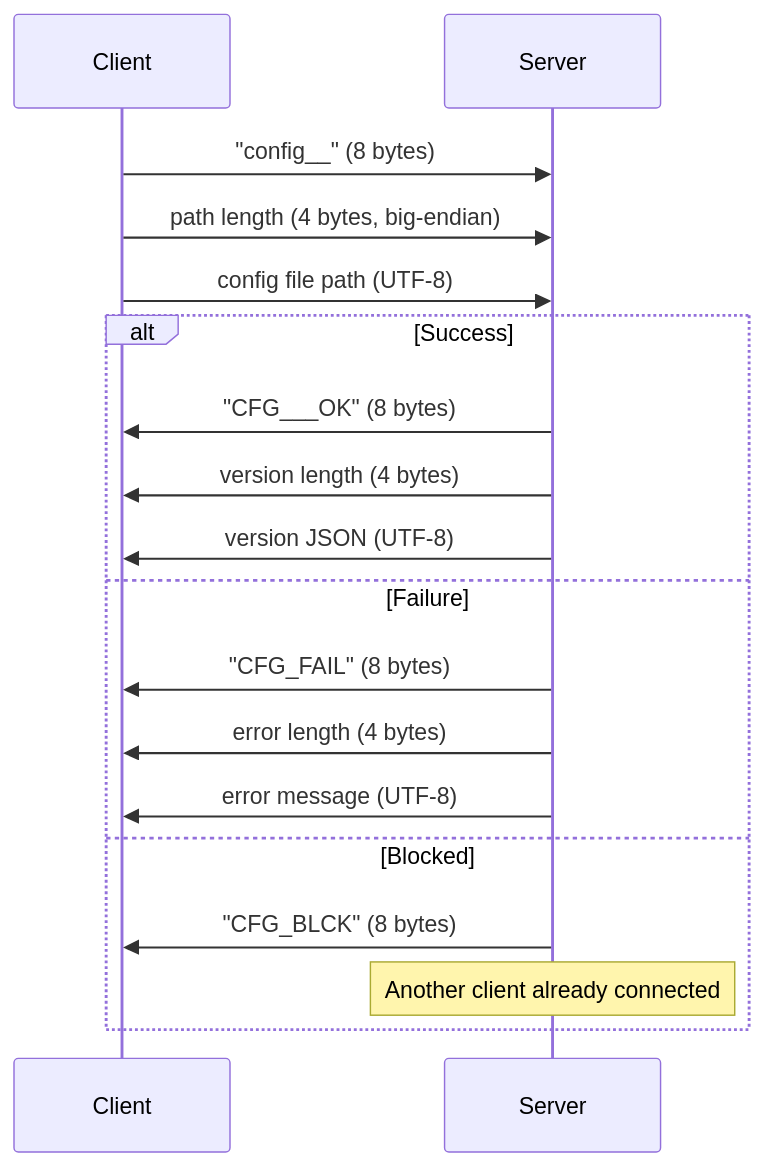
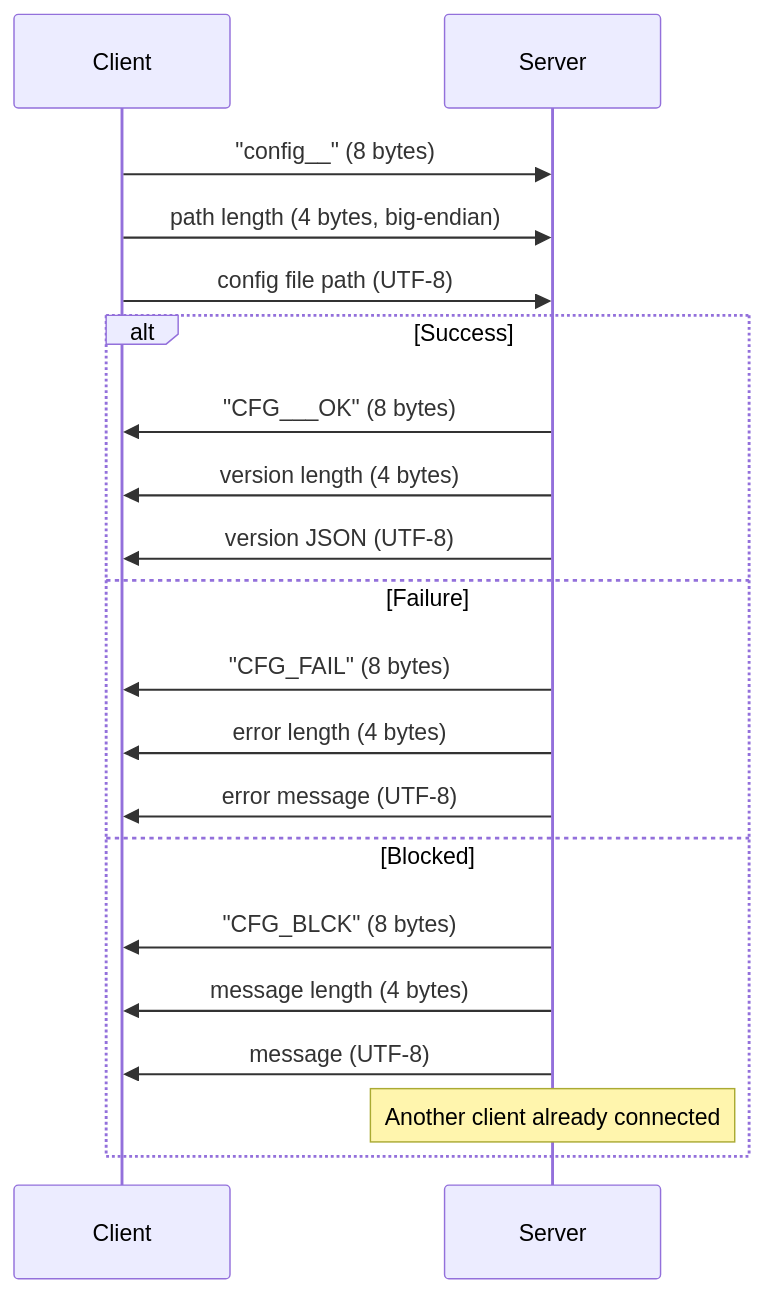
Before and after one commit to uw-loci/qupath-extension-qpsc: the second of 3 diagrams in documentation/developer/SOCKET_PROTOCOL.md, drawn with Mermaid. The commit also changed other lines of this file and 6 other files, not shown here.

````diff
--- a/documentation/developer/SOCKET_PROTOCOL.md
+++ b/documentation/developer/SOCKET_PROTOCOL.md
@@ -64,22 +64,24 @@
 ```mermaid
 sequenceDiagram
     participant C as Client
     participant S as Server
 
     C->>S: "config__" (8 bytes)
     C->>S: path length (4 bytes, big-endian)
     C->>S: config file path (UTF-8)
 
     alt Success
         S->>C: "CFG___OK" (8 bytes)
         S->>C: version length (4 bytes)
         S->>C: version JSON (UTF-8)
     else Failure
         S->>C: "CFG_FAIL" (8 bytes)
         S->>C: error length (4 bytes)
         S->>C: error message (UTF-8)
     else Blocked
         S->>C: "CFG_BLCK" (8 bytes)
+        S->>C: message length (4 bytes)
+        S->>C: message (UTF-8)
         Note over S: Another client already connected
     end
 ```
````
